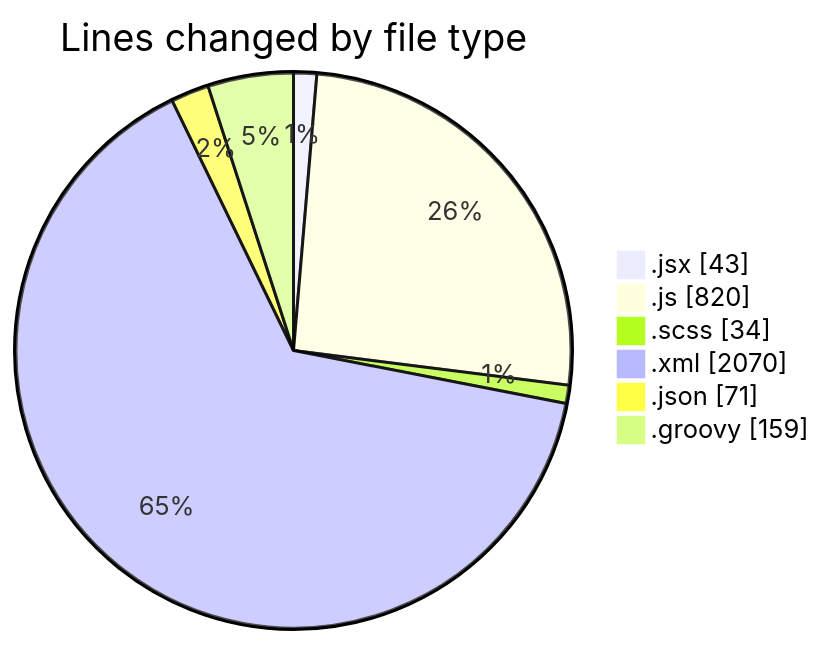
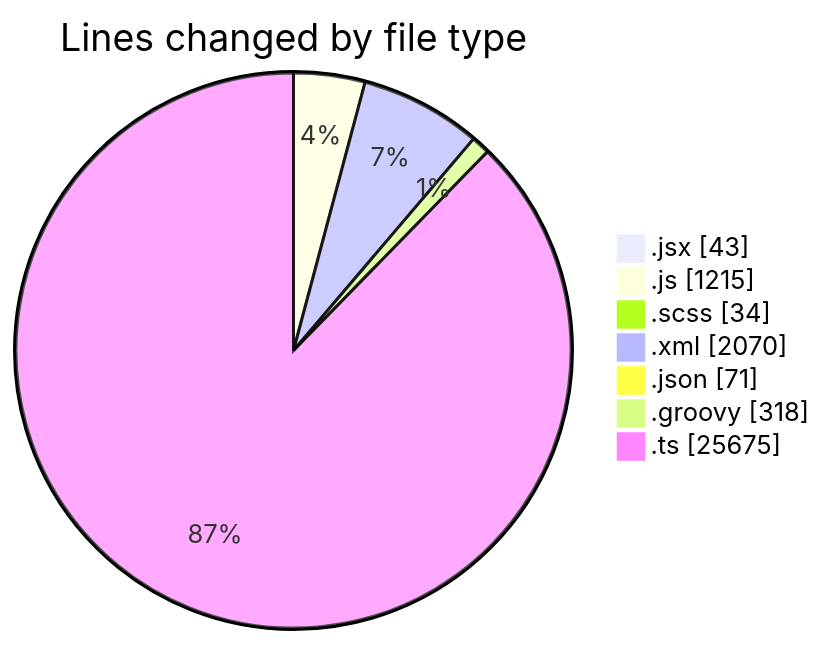
Before and after one commit to momahboobian/code-tracking: the first of 2 diagrams in 2026-02-26/cda/README.md, drawn with Mermaid. The commit also changed other lines of this file and 1 other file, not shown here.

````diff
--- a/2026-02-26/cda/README.md
+++ b/2026-02-26/cda/README.md
@@ -27,10 +30,11 @@
 ```mermaid
 pie showData
 title Lines changed by file type
 ".jsx" : 43
-".js" : 820
+".js" : 1215
 ".scss" : 34
 ".xml" : 2070
 ".json" : 71
-".groovy" : 159
+".groovy" : 318
+".ts" : 25675
 ```
````
